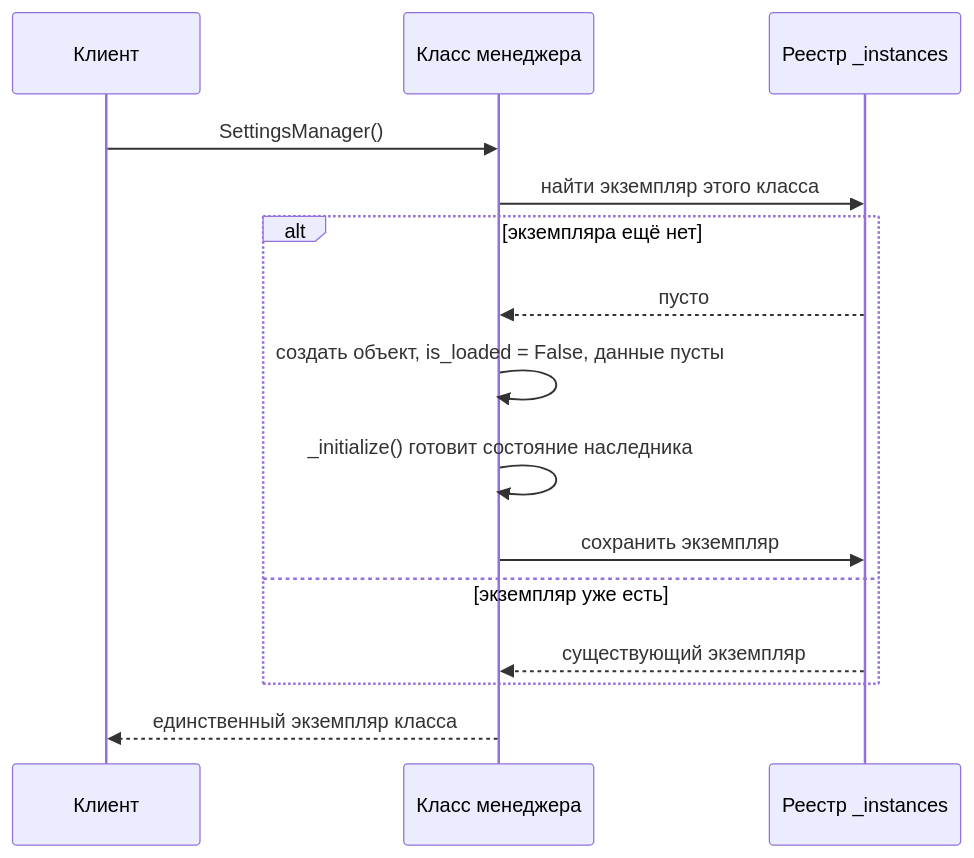
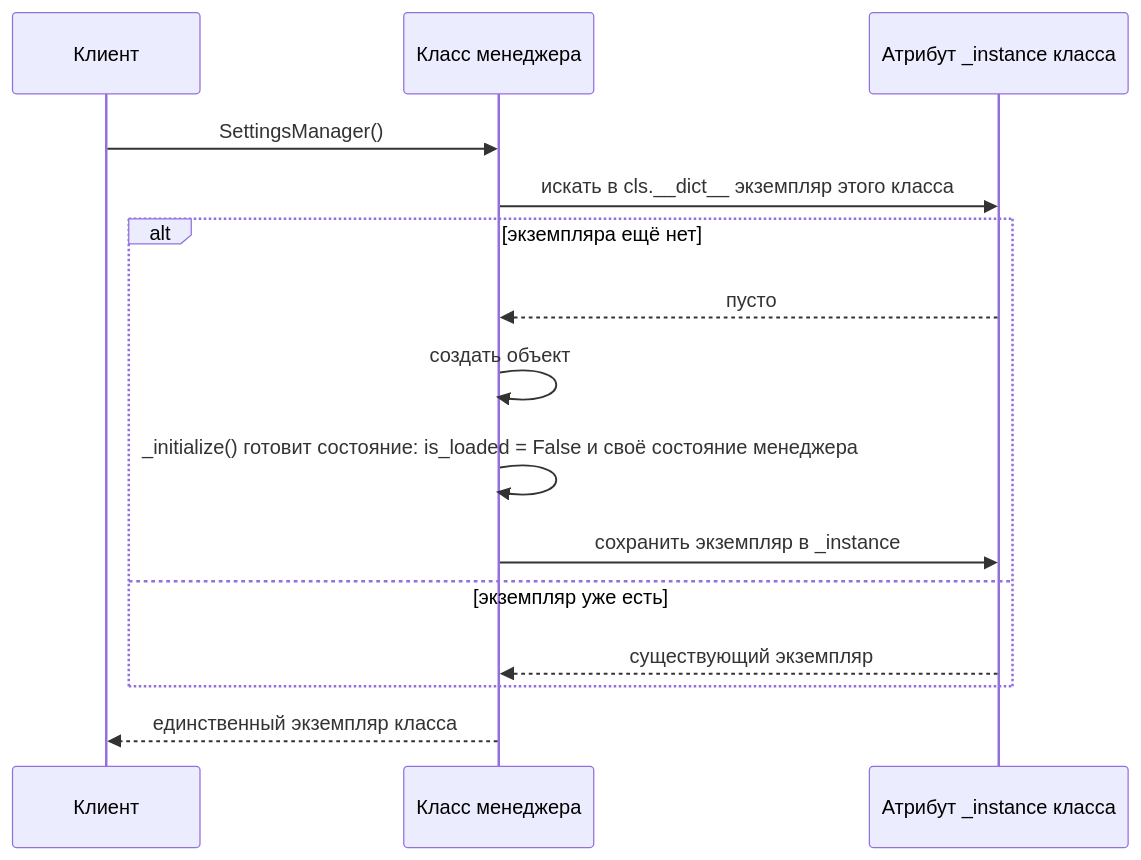
The first of 3 diagrams in Docs/SequenceDiagram.md (asutenshi/design-patterns), drawn with Mermaid before and after one commit. The commit also changed other lines of this file and 9 other files, not shown here.

````diff
--- a/Docs/SequenceDiagram.md
+++ b/Docs/SequenceDiagram.md
@@ -13,18 +14,18 @@
 ```mermaid
 sequenceDiagram
     participant K as Клиент
     participant M as Класс менеджера
-    participant R as Реестр _instances
+    participant I as Атрибут _instance класса
 
     K->>M: SettingsManager()
-    M->>R: найти экземпляр этого класса
+    M->>I: искать в cls.__dict__ экземпляр этого класса
     alt экземпляра ещё нет
-        R-->>M: пусто
-        M->>M: создать объект, is_loaded = False, данные пусты
-        M->>M: _initialize() готовит состояние наследника
-        M->>R: сохранить экземпляр
+        I-->>M: пусто
+        M->>M: создать объект
+        M->>M: _initialize() готовит состояние: is_loaded = False и своё состояние менеджера
+        M->>I: сохранить экземпляр в _instance
     else экземпляр уже есть
-        R-->>M: существующий экземпляр
+        I-->>M: существующий экземпляр
     end
     M-->>K: единственный экземпляр класса
 ```
````
